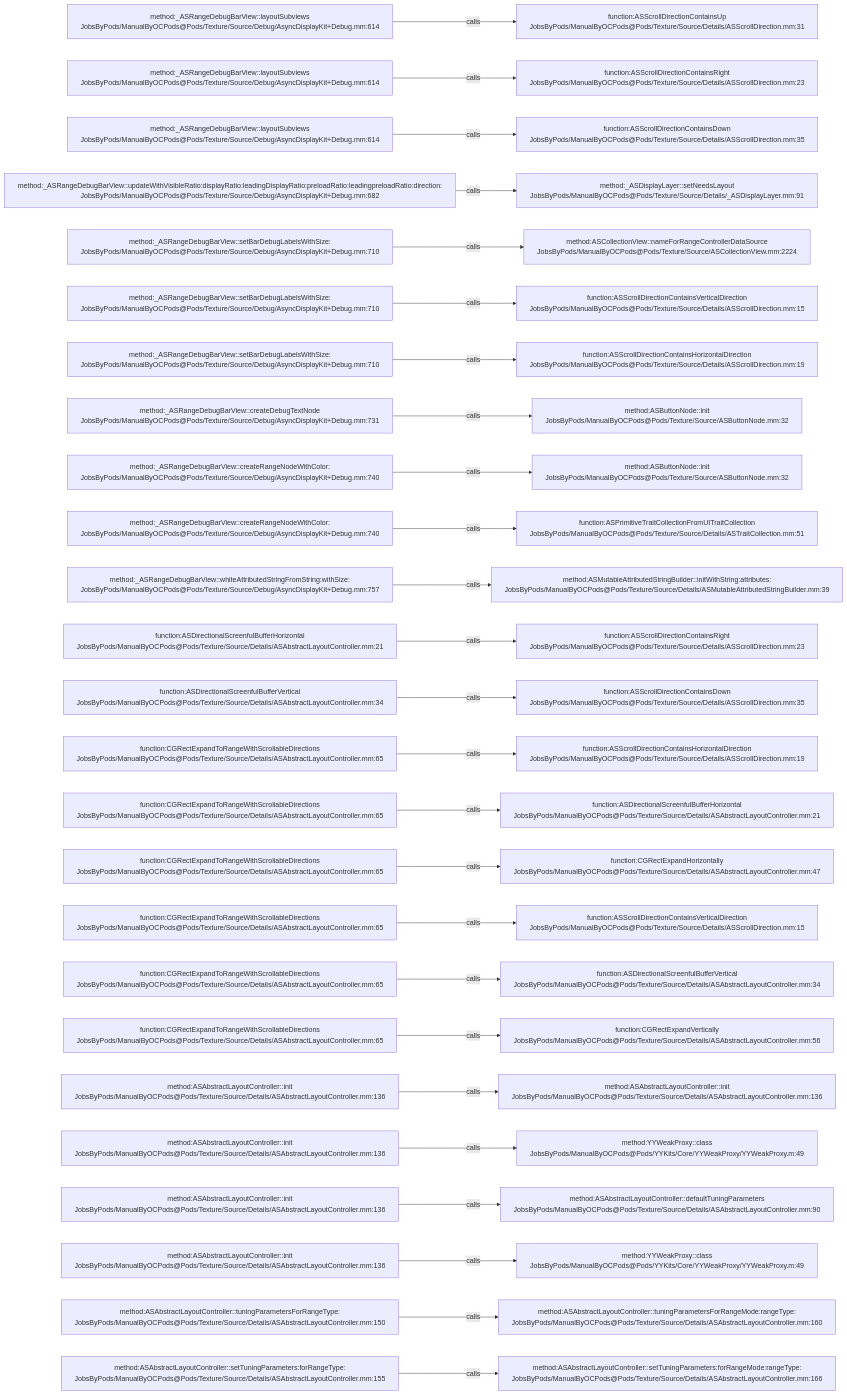
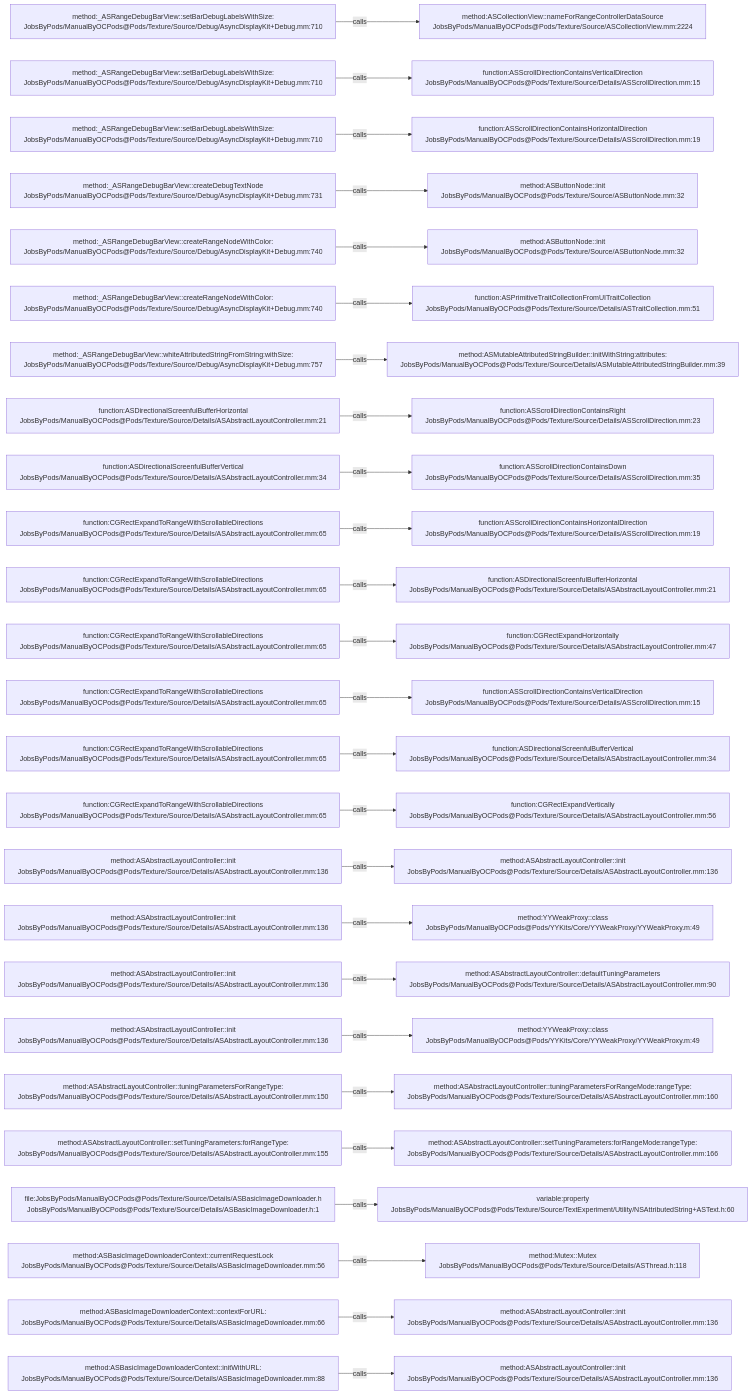
One commit to JobsKits/JobsOCBaseConfigDemo changed the diagram in .codegraph/codegraph.md/graphs/calls-148.md. Above: the diagram before and after it, drawn with Mermaid. The commit also changed 727 other files, not shown here.

````diff
--- a/.codegraph/codegraph.md/graphs/calls-148.md
+++ b/.codegraph/codegraph.md/graphs/calls-148.md
@@ -13,78 +13,78 @@
 ```mermaid
 flowchart LR
-  S1["method:_ASRangeDebugBarView::layoutSubviews<br/>JobsByPods/ManualByOCPods@Pods/Texture/Source/Debug/AsyncDisplayKit+Debug.mm:614"]
-  T1["function:ASScrollDirectionContainsUp<br/>JobsByPods/ManualByOCPods@Pods/Texture/Source/Details/ASScrollDirection.mm:31"]
+  S1["method:_ASRangeDebugBarView::setBarDebugLabelsWithSize:<br/>JobsByPods/ManualByOCPods@Pods/Texture/Source/Debug/AsyncDisplayKit+Debug.mm:710"]
+  T1["method:ASCollectionView::nameForRangeControllerDataSource<br/>JobsByPods/ManualByOCPods@Pods/Texture/Source/ASCollectionView.mm:2224"]
   S1 -->|calls| T1
-  S2["method:_ASRangeDebugBarView::layoutSubviews<br/>JobsByPods/ManualByOCPods@Pods/Texture/Source/Debug/AsyncDisplayKit+Debug.mm:614"]
-  T2["function:ASScrollDirectionContainsRight<br/>JobsByPods/ManualByOCPods@Pods/Texture/Source/Details/ASScrollDirection.mm:23"]
+  S2["method:_ASRangeDebugBarView::setBarDebugLabelsWithSize:<br/>JobsByPods/ManualByOCPods@Pods/Texture/Source/Debug/AsyncDisplayKit+Debug.mm:710"]
+  T2["function:ASScrollDirectionContainsVerticalDirection<br/>JobsByPods/ManualByOCPods@Pods/Texture/Source/Details/ASScrollDirection.mm:15"]
   S2 -->|calls| T2
-  S3["method:_ASRangeDebugBarView::layoutSubviews<br/>JobsByPods/ManualByOCPods@Pods/Texture/Source/Debug/AsyncDisplayKit+Debug.mm:614"]
-  T3["function:ASScrollDirectionContainsDown<br/>JobsByPods/ManualByOCPods@Pods/Texture/Source/Details/ASScrollDirection.mm:35"]
+  S3["method:_ASRangeDebugBarView::setBarDebugLabelsWithSize:<br/>JobsByPods/ManualByOCPods@Pods/Texture/Source/Debug/AsyncDisplayKit+Debug.mm:710"]
+  T3["function:ASScrollDirectionContainsHorizontalDirection<br/>JobsByPods/ManualByOCPods@Pods/Texture/Source/Details/ASScrollDirection.mm:19"]
   S3 -->|calls| T3
-  S4["method:_ASRangeDebugBarView::updateWithVisibleRatio:displayRatio:leadingDisplayRatio:preloadRatio:leadingpreloadRatio:direction:<br/>JobsByPods/ManualByOCPods@Pods/Texture/Source/Debug/AsyncDisplayKit+Debug.mm:682"]
-  T4["method:_ASDisplayLayer::setNeedsLayout<br/>JobsByPods/ManualByOCPods@Pods/Texture/Source/Details/_ASDisplayLayer.mm:91"]
+  S4["method:_ASRangeDebugBarView::createDebugTextNode<br/>JobsByPods/ManualByOCPods@Pods/Texture/Source/Debug/AsyncDisplayKit+Debug.mm:731"]
+  T4["method:ASButtonNode::init<br/>JobsByPods/ManualByOCPods@Pods/Texture/Source/ASButtonNode.mm:32"]
   S4 -->|calls| T4
-  S5["method:_ASRangeDebugBarView::setBarDebugLabelsWithSize:<br/>JobsByPods/ManualByOCPods@Pods/Texture/Source/Debug/AsyncDisplayKit+Debug.mm:710"]
-  T5["method:ASCollectionView::nameForRangeControllerDataSource<br/>JobsByPods/ManualByOCPods@Pods/Texture/Source/ASCollectionView.mm:2224"]
+  S5["method:_ASRangeDebugBarView::createRangeNodeWithColor:<br/>JobsByPods/ManualByOCPods@Pods/Texture/Source/Debug/AsyncDisplayKit+Debug.mm:740"]
+  T5["method:ASButtonNode::init<br/>JobsByPods/ManualByOCPods@Pods/Texture/Source/ASButtonNode.mm:32"]
   S5 -->|calls| T5
-  S6["method:_ASRangeDebugBarView::setBarDebugLabelsWithSize:<br/>JobsByPods/ManualByOCPods@Pods/Texture/Source/Debug/AsyncDisplayKit+Debug.mm:710"]
-  T6["function:ASScrollDirectionContainsVerticalDirection<br/>JobsByPods/ManualByOCPods@Pods/Texture/Source/Details/ASScrollDirection.mm:15"]
+  S6["method:_ASRangeDebugBarView::createRangeNodeWithColor:<br/>JobsByPods/ManualByOCPods@Pods/Texture/Source/Debug/AsyncDisplayKit+Debug.mm:740"]
+  T6["function:ASPrimitiveTraitCollectionFromUITraitCollection<br/>JobsByPods/ManualByOCPods@Pods/Texture/Source/Details/ASTraitCollection.mm:51"]
   S6 -->|calls| T6
-  S7["method:_ASRangeDebugBarView::setBarDebugLabelsWithSize:<br/>JobsByPods/ManualByOCPods@Pods/Texture/Source/Debug/AsyncDisplayKit+Debug.mm:710"]
-  T7["function:ASScrollDirectionContainsHorizontalDirection<br/>JobsByPods/ManualByOCPods@Pods/Texture/Source/Details/ASScrollDirection.mm:19"]
+  S7["method:_ASRangeDebugBarView::whiteAttributedStringFromString:withSize:<br/>JobsByPods/ManualByOCPods@Pods/Texture/Source/Debug/AsyncDisplayKit+Debug.mm:757"]
+  T7["method:ASMutableAttributedStringBuilder::initWithString:attributes:<br/>JobsByPods/ManualByOCPods@Pods/Texture/Source/Details/ASMutableAttributedStringBuilder.mm:39"]
   S7 -->|calls| T7
-  S8["method:_ASRangeDebugBarView::createDebugTextNode<br/>JobsByPods/ManualByOCPods@Pods/Texture/Source/Debug/AsyncDisplayKit+Debug.mm:731"]
-  T8["method:ASButtonNode::init<br/>JobsByPods/ManualByOCPods@Pods/Texture/Source/ASButtonNode.mm:32"]
+  S8["function:ASDirectionalScreenfulBufferHorizontal<br/>JobsByPods/ManualByOCPods@Pods/Texture/Source/Details/ASAbstractLayoutController.mm:21"]
+  T8["function:ASScrollDirectionContainsRight<br/>JobsByPods/ManualByOCPods@Pods/Texture/Source/Details/ASScrollDirection.mm:23"]
   S8 -->|calls| T8
-  S9["method:_ASRangeDebugBarView::createRangeNodeWithColor:<br/>JobsByPods/ManualByOCPods@Pods/Texture/Source/Debug/AsyncDisplayKit+Debug.mm:740"]
-  T9["method:ASButtonNode::init<br/>JobsByPods/ManualByOCPods@Pods/Texture/Source/ASButtonNode.mm:32"]
+  S9["function:ASDirectionalScreenfulBufferVertical<br/>JobsByPods/ManualByOCPods@Pods/Texture/Source/Details/ASAbstractLayoutController.mm:34"]
+  T9["function:ASScrollDirectionContainsDown<br/>JobsByPods/ManualByOCPods@Pods/Texture/Source/Details/ASScrollDirection.mm:35"]
   S9 -->|calls| T9
-  S10["method:_ASRangeDebugBarView::createRangeNodeWithColor:<br/>JobsByPods/ManualByOCPods@Pods/Texture/Source/Debug/AsyncDisplayKit+Debug.mm:740"]
-  T10["function:ASPrimitiveTraitCollectionFromUITraitCollection<br/>JobsByPods/ManualByOCPods@Pods/Texture/Source/Details/ASTraitCollection.mm:51"]
+  S10["function:CGRectExpandToRangeWithScrollableDirections<br/>JobsByPods/ManualByOCPods@Pods/Texture/Source/Details/ASAbstractLayoutController.mm:65"]
+  T10["function:ASScrollDirectionContainsHorizontalDirection<br/>JobsByPods/ManualByOCPods@Pods/Texture/Source/Details/ASScrollDirection.mm:19"]
   S10 -->|calls| T10
-  S11["method:_ASRangeDebugBarView::whiteAttributedStringFromString:withSize:<br/>JobsByPods/ManualByOCPods@Pods/Texture/Source/Debug/AsyncDisplayKit+Debug.mm:757"]
-  T11["method:ASMutableAttributedStringBuilder::initWithString:attributes:<br/>JobsByPods/ManualByOCPods@Pods/Texture/Source/Details/ASMutableAttributedStringBuilder.mm:39"]
+  S11["function:CGRectExpandToRangeWithScrollableDirections<br/>JobsByPods/ManualByOCPods@Pods/Texture/Source/Details/ASAbstractLayoutController.mm:65"]
+  T11["function:ASDirectionalScreenfulBufferHorizontal<br/>JobsByPods/ManualByOCPods@Pods/Texture/Source/Details/ASAbstractLayoutController.mm:21"]
   S11 -->|calls| T11
-  S12["function:ASDirectionalScreenfulBufferHorizontal<br/>JobsByPods/ManualByOCPods@Pods/Texture/Source/Details/ASAbstractLayoutController.mm:21"]
-  T12["function:ASScrollDirectionContainsRight<br/>JobsByPods/ManualByOCPods@Pods/Texture/Source/Details/ASScrollDirection.mm:23"]
+  S12["function:CGRectExpandToRangeWithScrollableDirections<br/>JobsByPods/ManualByOCPods@Pods/Texture/Source/Details/ASAbstractLayoutController.mm:65"]
+  T12["function:CGRectExpandHorizontally<br/>JobsByPods/ManualByOCPods@Pods/Texture/Source/Details/ASAbstractLayoutController.mm:47"]
   S12 -->|calls| T12
-  S13["function:ASDirectionalScreenfulBufferVertical<br/>JobsByPods/ManualByOCPods@Pods/Texture/Source/Details/ASAbstractLayoutController.mm:34"]
-  T13["function:ASScrollDirectionContainsDown<br/>JobsByPods/ManualByOCPods@Pods/Texture/Source/Details/ASScrollDirection.mm:35"]
+  S13["function:CGRectExpandToRangeWithScrollableDirections<br/>JobsByPods/ManualByOCPods@Pods/Texture/Source/Details/ASAbstractLayoutController.mm:65"]
+  T13["function:ASScrollDirectionContainsVerticalDirection<br/>JobsByPods/ManualByOCPods@Pods/Texture/Source/Details/ASScrollDirection.mm:15"]
   S13 -->|calls| T13
   S14["function:CGRectExpandToRangeWithScrollableDirections<br/>JobsByPods/ManualByOCPods@Pods/Texture/Source/Details/ASAbstractLayoutController.mm:65"]
-  T14["function:ASScrollDirectionContainsHorizontalDirection<br/>JobsByPods/ManualByOCPods@Pods/Texture/Source/Details/ASScrollDirection.mm:19"]
+  T14["function:ASDirectionalScreenfulBufferVertical<br/>JobsByPods/ManualByOCPods@Pods/Texture/Source/Details/ASAbstractLayoutController.mm:34"]
   S14 -->|calls| T14
   S15["function:CGRectExpandToRangeWithScrollableDirections<br/>JobsByPods/ManualByOCPods@Pods/Texture/Source/Details/ASAbstractLayoutController.mm:65"]
-  T15["function:ASDirectionalScreenfulBufferHorizontal<br/>JobsByPods/ManualByOCPods@Pods/Texture/Source/Details/ASAbstractLayoutController.mm:21"]
+  T15["function:CGRectExpandVertically<br/>JobsByPods/ManualByOCPods@Pods/Texture/Source/Details/ASAbstractLayoutController.mm:56"]
   S15 -->|calls| T15
-  S16["function:CGRectExpandToRangeWithScrollableDirections<br/>JobsByPods/ManualByOCPods@Pods/Texture/Source/Details/ASAbstractLayoutController.mm:65"]
-  T16["function:CGRectExpandHorizontally<br/>JobsByPods/ManualByOCPods@Pods/Texture/Source/Details/ASAbstractLayoutController.mm:47"]
+  S16["method:ASAbstractLayoutController::init<br/>JobsByPods/ManualByOCPods@Pods/Texture/Source/Details/ASAbstractLayoutController.mm:136"]
+  T16["method:ASAbstractLayoutController::init<br/>JobsByPods/ManualByOCPods@Pods/Texture/Source/Details/ASAbstractLayoutController.mm:136"]
   S16 -->|calls| T16
-  S17["function:CGRectExpandToRangeWithScrollableDirections<br/>JobsByPods/ManualByOCPods@Pods/Texture/Source/Details/ASAbstractLayoutController.mm:65"]
-  T17["function:ASScrollDirectionContainsVerticalDirection<br/>JobsByPods/ManualByOCPods@Pods/Texture/Source/Details/ASScrollDirection.mm:15"]
+  S17["method:ASAbstractLayoutController::init<br/>JobsByPods/ManualByOCPods@Pods/Texture/Source/Details/ASAbstractLayoutController.mm:136"]
+  T17["method:YYWeakProxy::class<br/>JobsByPods/ManualByOCPods@Pods/YYKits/Core/YYWeakProxy/YYWeakProxy.m:49"]
   S17 -->|calls| T17
-  S18["function:CGRectExpandToRangeWithScrollableDirections<br/>JobsByPods/ManualByOCPods@Pods/Texture/Source/Details/ASAbstractLayoutController.mm:65"]
-  T18["function:ASDirectionalScreenfulBufferVertical<br/>JobsByPods/ManualByOCPods@Pods/Texture/Source/Details/ASAbstractLayoutController.mm:34"]
+  S18["method:ASAbstractLayoutController::init<br/>JobsByPods/ManualByOCPods@Pods/Texture/Source/Details/ASAbstractLayoutController.mm:136"]
+  T18["method:ASAbstractLayoutController::defaultTuningParameters<br/>JobsByPods/ManualByOCPods@Pods/Texture/Source/Details/ASAbstractLayoutController.mm:90"]
   S18 -->|calls| T18
-  S19["function:CGRectExpandToRangeWithScrollableDirections<br/>JobsByPods/ManualByOCPods@Pods/Texture/Source/Details/ASAbstractLayoutController.mm:65"]
-  T19["function:CGRectExpandVertically<br/>JobsByPods/ManualByOCPods@Pods/Texture/Source/Details/ASAbstractLayoutController.mm:56"]
+  S19["method:ASAbstractLayoutController::init<br/>JobsByPods/ManualByOCPods@Pods/Texture/Source/Details/ASAbstractLayoutController.mm:136"]
+  T19["method:YYWeakProxy::class<br/>JobsByPods/ManualByOCPods@Pods/YYKits/Core/YYWeakProxy/YYWeakProxy.m:49"]
   S19 -->|calls| T19
-  S20["method:ASAbstractLayoutController::init<br/>JobsByPods/ManualByOCPods@Pods/Texture/Source/Details/ASAbstractLayoutController.mm:136"]
-  T20["method:ASAbstractLayoutController::init<br/>JobsByPods/ManualByOCPods@Pods/Texture/Source/Details/ASAbstractLayoutController.mm:136"]
+  S20["method:ASAbstractLayoutController::tuningParametersForRangeType:<br/>JobsByPods/ManualByOCPods@Pods/Texture/Source/Details/ASAbstractLayoutController.mm:150"]
+  T20["method:ASAbstractLayoutController::tuningParametersForRangeMode:rangeType:<br/>JobsByPods/ManualByOCPods@Pods/Texture/Source/Details/ASAbstractLayoutController.mm:160"]
   S20 -->|calls| T20
-  S21["method:ASAbstractLayoutController::init<br/>JobsByPods/ManualByOCPods@Pods/Texture/Source/Details/ASAbstractLayoutController.mm:136"]
-  T21["method:YYWeakProxy::class<br/>JobsByPods/ManualByOCPods@Pods/YYKits/Core/YYWeakProxy/YYWeakProxy.m:49"]
+  S21["method:ASAbstractLayoutController::setTuningParameters:forRangeType:<br/>JobsByPods/ManualByOCPods@Pods/Texture/Source/Details/ASAbstractLayoutController.mm:155"]
+  T21["method:ASAbstractLayoutController::setTuningParameters:forRangeMode:rangeType:<br/>JobsByPods/ManualByOCPods@Pods/Texture/Source/Details/ASAbstractLayoutController.mm:166"]
   S21 -->|calls| T21
-  S22["method:ASAbstractLayoutController::init<br/>JobsByPods/ManualByOCPods@Pods/Texture/Source/Details/ASAbstractLayoutController.mm:136"]
-  T22["method:ASAbstractLayoutController::defaultTuningParameters<br/>JobsByPods/ManualByOCPods@Pods/Texture/Source/Details/ASAbstractLayoutController.mm:90"]
+  S22["file:JobsByPods/ManualByOCPods@Pods/Texture/Source/Details/ASBasicImageDownloader.h<br/>JobsByPods/ManualByOCPods@Pods/Texture/Source/Details/ASBasicImageDownloader.h:1"]
+  T22["variable:property<br/>JobsByPods/ManualByOCPods@Pods/Texture/Source/TextExperiment/Utility/NSAttributedString+ASText.h:60"]
   S22 -->|calls| T22
-  S23["method:ASAbstractLayoutController::init<br/>JobsByPods/ManualByOCPods@Pods/Texture/Source/Details/ASAbstractLayoutController.mm:136"]
-  T23["method:YYWeakProxy::class<br/>JobsByPods/ManualByOCPods@Pods/YYKits/Core/YYWeakProxy/YYWeakProxy.m:49"]
+  S23["method:ASBasicImageDownloaderContext::currentRequestLock<br/>JobsByPods/ManualByOCPods@Pods/Texture/Source/Details/ASBasicImageDownloader.mm:56"]
+  T23["method:Mutex::Mutex<br/>JobsByPods/ManualByOCPods@Pods/Texture/Source/Details/ASThread.h:118"]
   S23 -->|calls| T23
-  S24["method:ASAbstractLayoutController::tuningParametersForRangeType:<br/>JobsByPods/ManualByOCPods@Pods/Texture/Source/Details/ASAbstractLayoutController.mm:150"]
-  T24["method:ASAbstractLayoutController::tuningParametersForRangeMode:rangeType:<br/>JobsByPods/ManualByOCPods@Pods/Texture/Source/Details/ASAbstractLayoutController.mm:160"]
+  S24["method:ASBasicImageDownloaderContext::contextForURL:<br/>JobsByPods/ManualByOCPods@Pods/Texture/Source/Details/ASBasicImageDownloader.mm:66"]
+  T24["method:ASAbstractLayoutController::init<br/>JobsByPods/ManualByOCPods@Pods/Texture/Source/Details/ASAbstractLayoutController.mm:136"]
   S24 -->|calls| T24
-  S25["method:ASAbstractLayoutController::setTuningParameters:forRangeType:<br/>JobsByPods/ManualByOCPods@Pods/Texture/Source/Details/ASAbstractLayoutController.mm:155"]
-  T25["method:ASAbstractLayoutController::setTuningParameters:forRangeMode:rangeType:<br/>JobsByPods/ManualByOCPods@Pods/Texture/Source/Details/ASAbstractLayoutController.mm:166"]
+  S25["method:ASBasicImageDownloaderContext::initWithURL:<br/>JobsByPods/ManualByOCPods@Pods/Texture/Source/Details/ASBasicImageDownloader.mm:88"]
+  T25["method:ASAbstractLayoutController::init<br/>JobsByPods/ManualByOCPods@Pods/Texture/Source/Details/ASAbstractLayoutController.mm:136"]
   S25 -->|calls| T25
 ```
````
